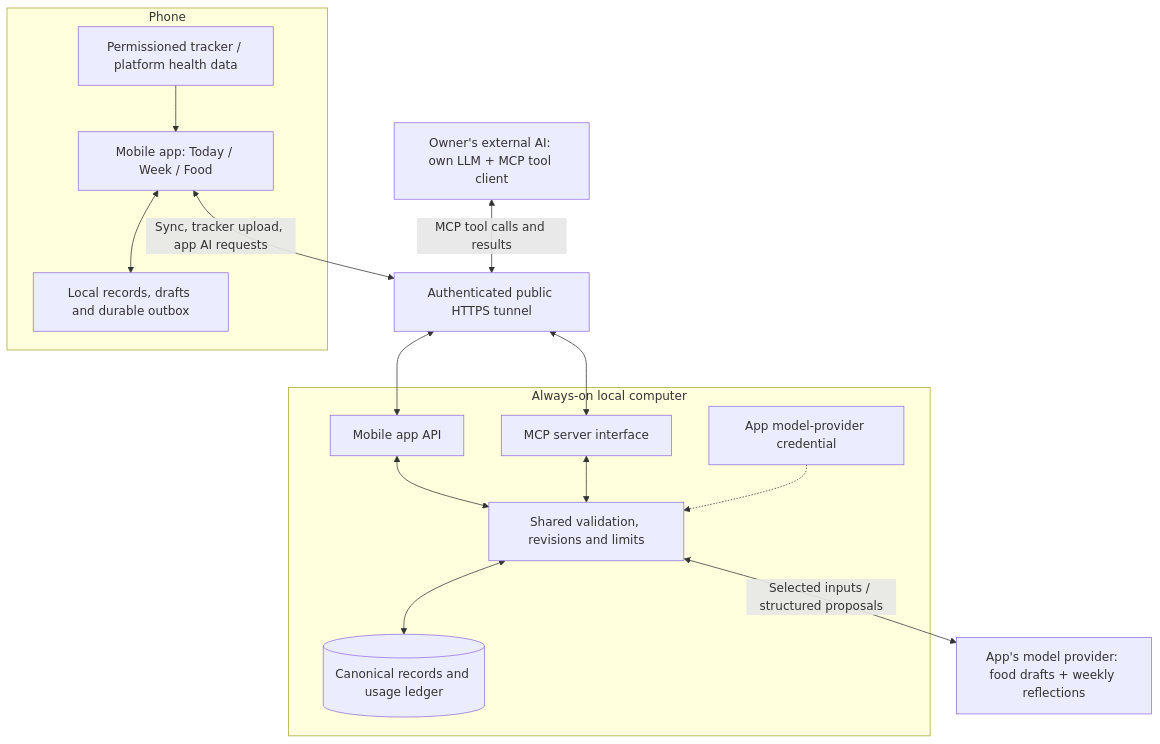
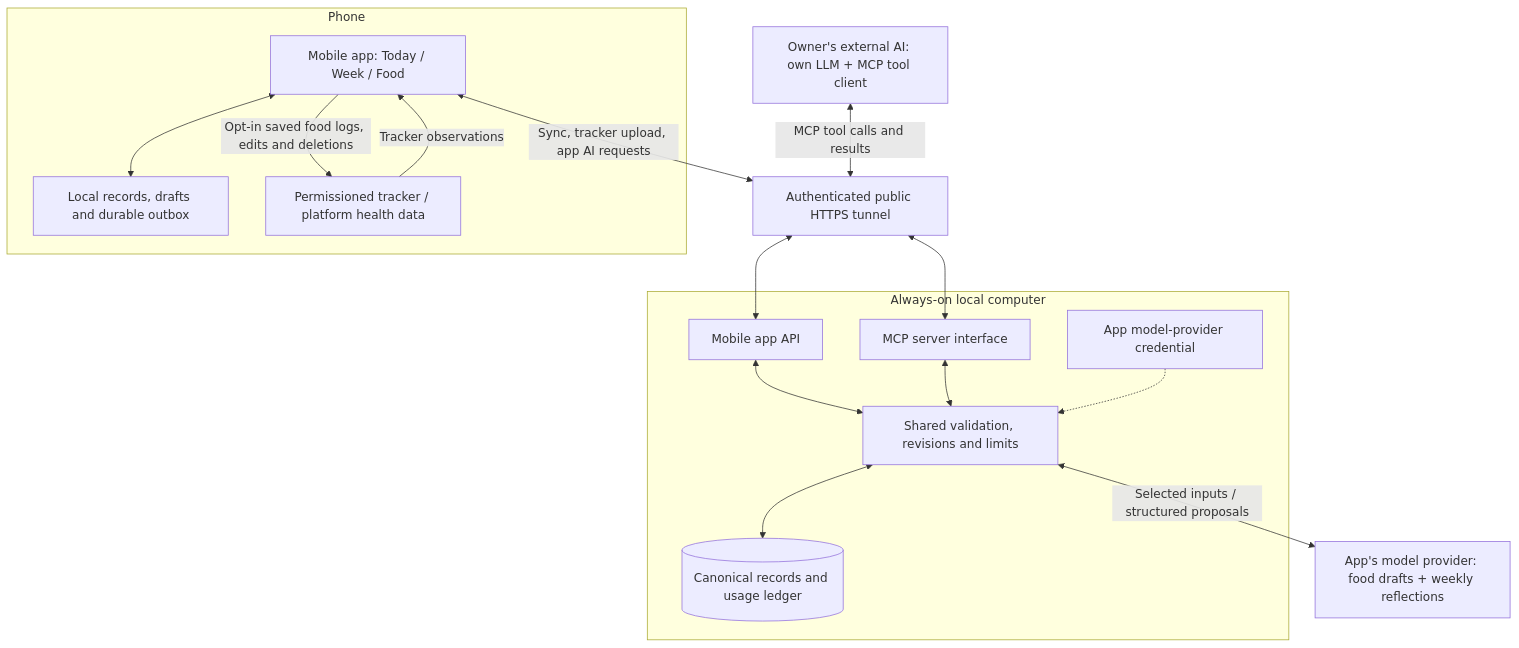
Before and after one commit to gwensmu/euros: the diagram in docs/shareable/PERSONAL_TRAINING_APP_BLUEPRINT.md, drawn with Mermaid. The commit also changed other lines of this file and 69 other files, not shown here.

````diff
--- a/docs/shareable/PERSONAL_TRAINING_APP_BLUEPRINT.md
+++ b/docs/shareable/PERSONAL_TRAINING_APP_BLUEPRINT.md
@@ -171,29 +173,30 @@
 ```mermaid
 flowchart TB
     subgraph phone["Phone"]
         mobile["Mobile app: Today / Week / Food"]
         cache["Local records, drafts and durable outbox"]
         health["Permissioned tracker / platform health data"]
         mobile <--> cache
-        health --> mobile
+        health -->|"Tracker observations"| mobile
+        mobile -->|"Opt-in saved food logs, edits and deletions"| health
     end
     agent["Owner's external AI: own LLM + MCP tool client"]
     tunnel["Authenticated public HTTPS tunnel"]
     mobile <-->|"Sync, tracker upload, app AI requests"| tunnel
     agent <-->|"MCP tool calls and results"| tunnel
     subgraph host["Always-on local computer"]
         api["Mobile app API"]
         mcp["MCP server interface"]
         rules["Shared validation, revisions and limits"]
         db[("Canonical records and usage ledger")]
         secrets["App model-provider credential"]
         api <--> rules
         mcp <--> rules
         rules <--> db
         secrets -.-> rules
     end
     tunnel <--> api
     tunnel <--> mcp
     models["App's model provider: food drafts + weekly reflections"]
     rules <-->|"Selected inputs / structured proposals"| models
 ```
````
